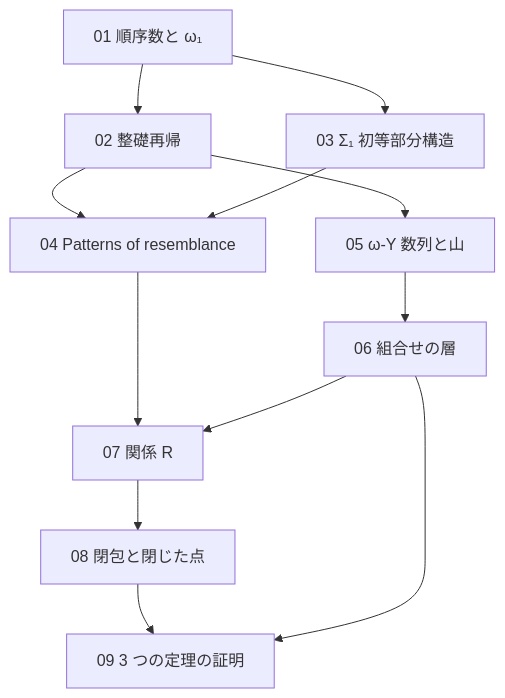
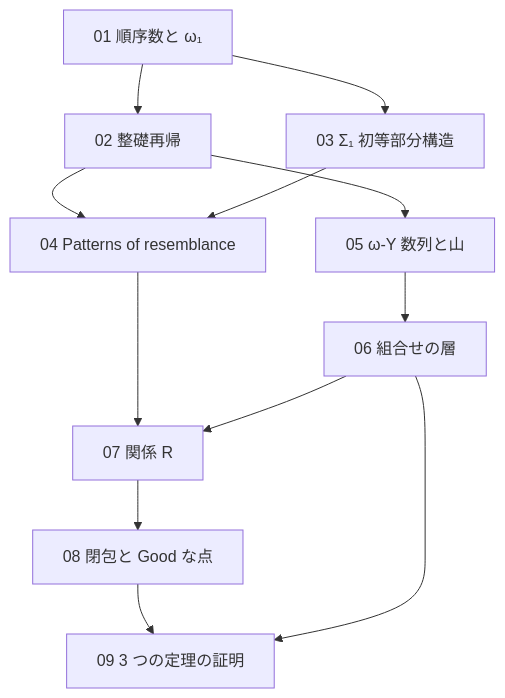
Before and after one commit to koteitan/wmwy-wo-por: the diagram in study/README.md, drawn with Mermaid. The commit also changed other lines of this file and 19 other files, not shown here.

````diff
--- a/study/README.md
+++ b/study/README.md
@@ -30,14 +27,14 @@
 ```mermaid
 flowchart TB
   N01["01 順序数と ω₁"] --> N02["02 整礎再帰"]
   N01 --> N03["03 Σ₁ 初等部分構造"]
   N02 --> N04["04 Patterns of resemblance"]
   N03 --> N04
   N02 --> N05["05 ω-Y 数列と山"]
   N05 --> N06["06 組合せの層"]
   N04 --> N07["07 関係 R"]
   N06 --> N07
-  N07 --> N08["08 閉包と閉じた点"]
+  N07 --> N08["08 閉包と Good な点"]
   N08 --> N09["09 3 つの定理の証明"]
   N06 --> N09
 ```
````
